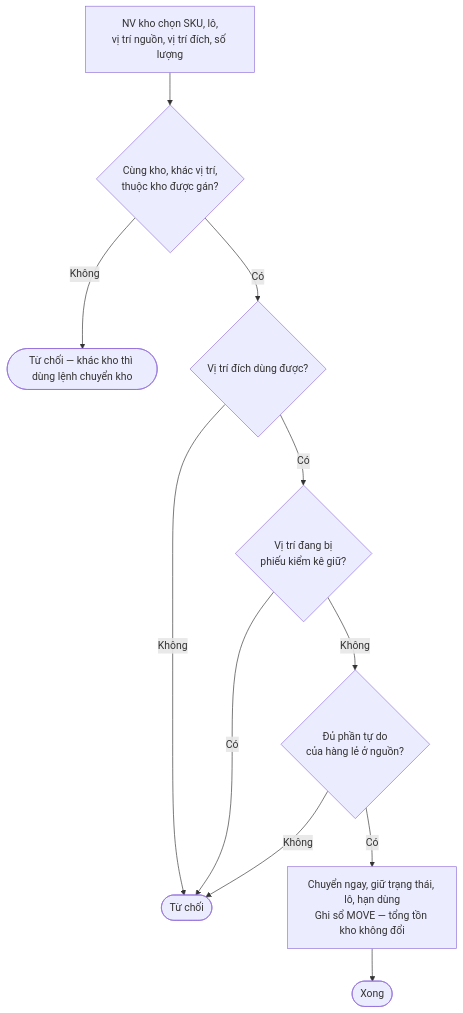
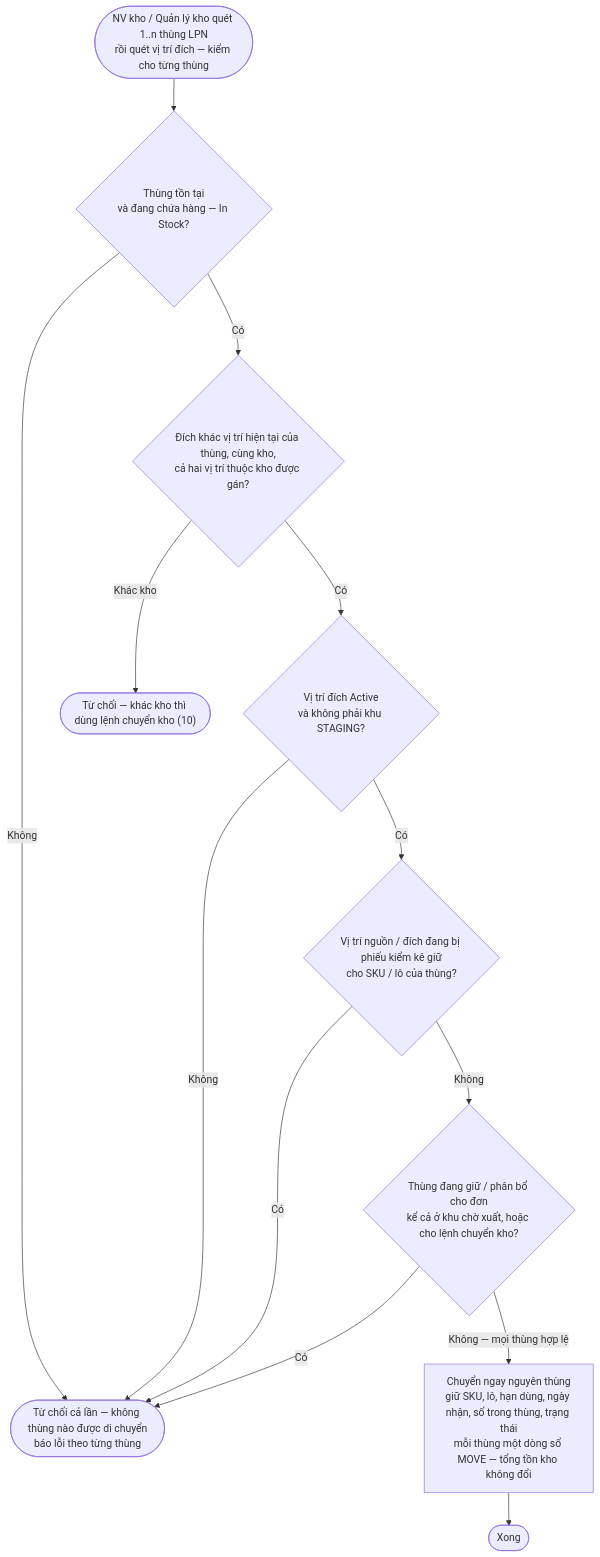
Before and after one commit to KLTN-FA26/docs: diagram 15 of 15 in docs/diagrams/README.md, drawn with Mermaid. The commit also changed other lines of this file and 26 other files, not shown here.

````diff
--- a/docs/diagrams/README.md
+++ b/docs/diagrams/README.md
@@ -515,13 +630,15 @@
 ```mermaid
 flowchart TD
-    START[NV kho chọn SKU, lô,\nvị trí nguồn, vị trí đích, số lượng] --> SAME{Cùng kho, khác vị trí,\nthuộc kho được gán?}
-    SAME -- Không --> REJ([Từ chối — khác kho thì dùng lệnh chuyển kho])
-    SAME -- Có --> DEST{Vị trí đích dùng được?}
-    DEST -- Không --> REJ2([Từ chối])
-    DEST -- Có --> CNT{Vị trí đang bị\nphiếu kiểm kê giữ?}
-    CNT -- Có --> REJ2
-    CNT -- Không --> FREE{Đủ phần tự do\ncủa hàng lẻ ở nguồn?}
-    FREE -- Không --> REJ2
-    FREE -- Có --> MOVE[Chuyển ngay, giữ trạng thái, lô, hạn dùng\nGhi sổ MOVE — tổng tồn kho không đổi]
-    MOVE --> DONE([Xong])
+    START(["NV kho / Quản lý kho quét 1..n thùng LPN<br/>rồi quét vị trí đích — kiểm cho từng thùng"]) --> INSTOCK{"Thùng tồn tại<br/>và đang chứa hàng — In Stock?"}
+    INSTOCK -->|Không| REJ
+    INSTOCK -->|Có| SAME{"Đích khác vị trí hiện tại của thùng, cùng kho,<br/>cả hai vị trí thuộc kho được gán?"}
+    SAME -->|"Khác kho"| REJ_TO(["Từ chối — khác kho thì dùng lệnh chuyển kho (10)"])
+    SAME -->|Có| DEST{"Vị trí đích Active<br/>và không phải khu STAGING?"}
+    DEST -->|Không| REJ
+    DEST -->|Có| CNT{"Vị trí nguồn / đích đang bị phiếu kiểm kê giữ<br/>cho SKU / lô của thùng?"}
+    CNT -->|Có| REJ
+    CNT -->|Không| HELD{"Thùng đang giữ / phân bổ cho đơn<br/>kể cả ở khu chờ xuất, hoặc cho lệnh chuyển kho?"}
+    HELD -->|Có| REJ(["Từ chối cả lần — không thùng nào được di chuyển<br/>báo lỗi theo từng thùng"])
+    HELD -->|"Không — mọi thùng hợp lệ"| MOVE["Chuyển ngay nguyên thùng<br/>giữ SKU, lô, hạn dùng, ngày nhận, số trong thùng, trạng thái<br/>mỗi thùng một dòng sổ MOVE — tổng tồn kho không đổi"]
+    MOVE --> DONE(["Xong"])
 ```
````
